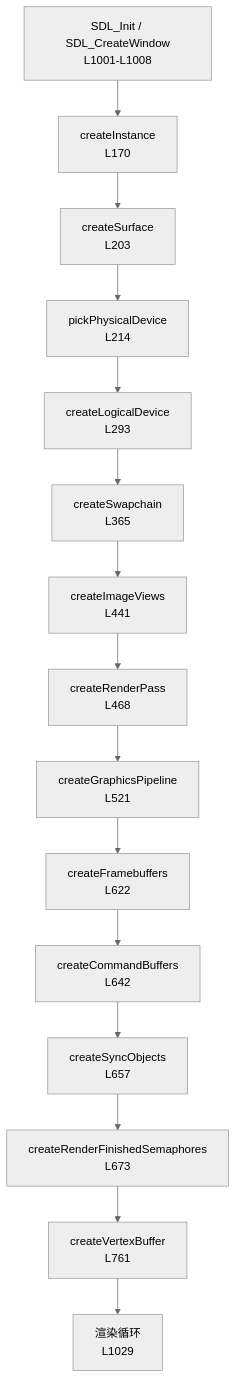
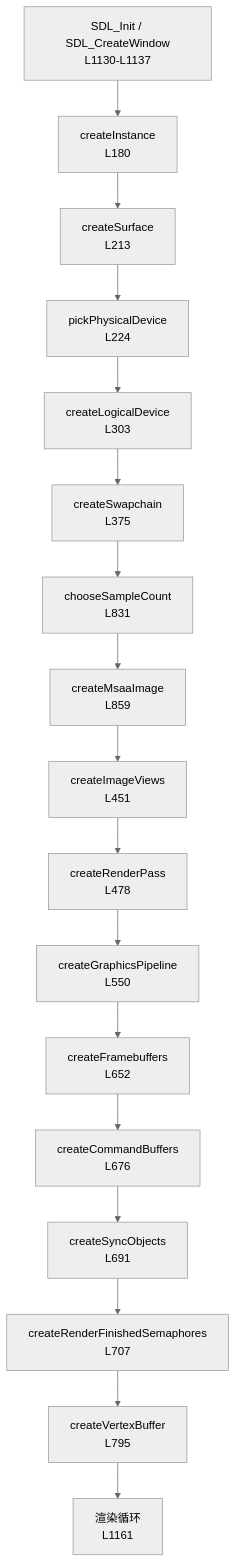
Before and after one commit to LanQiDongLai/vulkan-test: the first of 2 diagrams in main.md, drawn with Mermaid (neutral theme). The commit also changed other lines of this file and 1 other file, not shown here.

````diff
--- a/main.md
+++ b/main.md
@@ -60,17 +62,19 @@
 ```mermaid
 flowchart TD
-    A["SDL_Init / SDL_CreateWindow<br/>L1001-L1008"] --> B["createInstance<br/>L170"]
-    B --> C["createSurface<br/>L203"]
-    C --> D["pickPhysicalDevice<br/>L214"]
-    D --> E["createLogicalDevice<br/>L293"]
-    E --> F["createSwapchain<br/>L365"]
-    F --> G["createImageViews<br/>L441"]
-    G --> H["createRenderPass<br/>L468"]
-    H --> I["createGraphicsPipeline<br/>L521"]
-    I --> J["createFramebuffers<br/>L622"]
-    J --> K["createCommandBuffers<br/>L642"]
-    K --> L["createSyncObjects<br/>L657"]
-    L --> M["createRenderFinishedSemaphores<br/>L673"]
-    M --> N["createVertexBuffer<br/>L761"]
-    N --> O["渲染循环<br/>L1029"]
+    A["SDL_Init / SDL_CreateWindow<br/>L1130-L1137"] --> B["createInstance<br/>L180"]
+    B --> C["createSurface<br/>L213"]
+    C --> D["pickPhysicalDevice<br/>L224"]
+    D --> E["createLogicalDevice<br/>L303"]
+    E --> F["createSwapchain<br/>L375"]
+    F --> F2["chooseSampleCount<br/>L831"]
+    F2 --> F3["createMsaaImage<br/>L859"]
+    F3 --> G["createImageViews<br/>L451"]
+    G --> H["createRenderPass<br/>L478"]
+    H --> I["createGraphicsPipeline<br/>L550"]
+    I --> J["createFramebuffers<br/>L652"]
+    J --> K["createCommandBuffers<br/>L676"]
+    K --> L["createSyncObjects<br/>L691"]
+    L --> M["createRenderFinishedSemaphores<br/>L707"]
+    M --> N["createVertexBuffer<br/>L795"]
+    N --> O["渲染循环<br/>L1161"]
 ```
````
